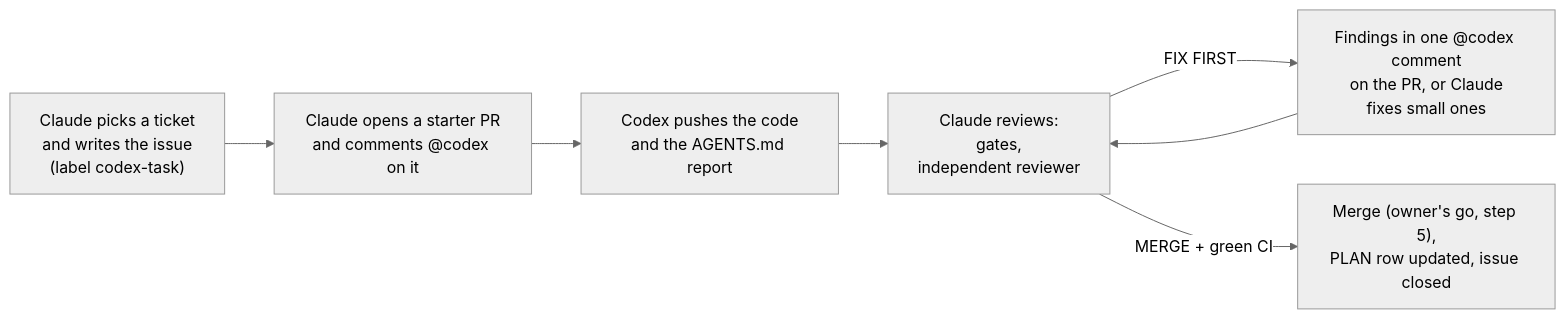
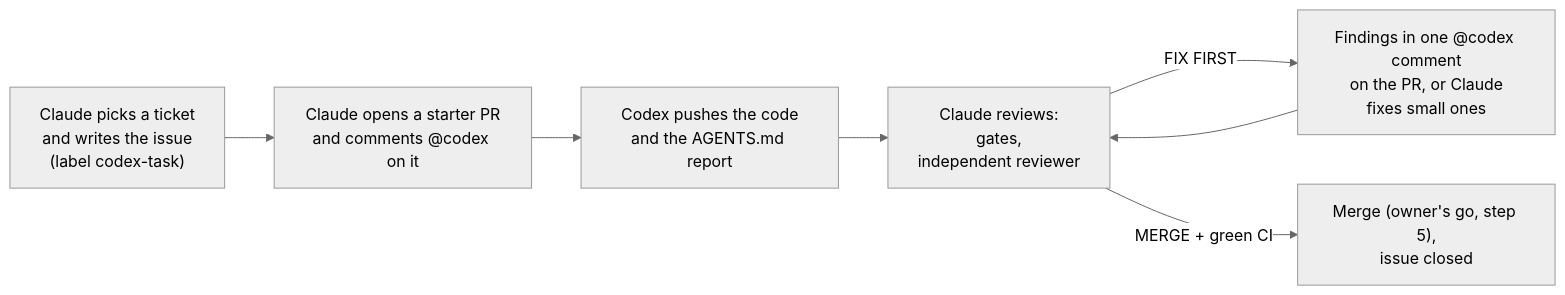
One commit to Fr3nchyz/rifter changed the diagram in docs/CODEX.md. Above: the diagram before and after it, drawn with Mermaid (neutral theme). The commit also changed other lines of this file and 8 other files, not shown here.

````diff
--- a/docs/CODEX.md
+++ b/docs/CODEX.md
@@ -7,9 +7,9 @@
 ```mermaid
 flowchart LR
   A["Claude picks a ticket<br/>and writes the issue<br/>(label codex-task)"] --> B["Claude opens a starter PR<br/>and comments @codex on it"]
   B --> C["Codex pushes the code<br/>and the AGENTS.md report"]
   C --> D["Claude reviews:<br/>gates,<br/>independent reviewer"]
   D -->|FIX FIRST| E["Findings in one @codex comment<br/>on the PR, or Claude<br/>fixes small ones"]
   E --> D
-  D -->|MERGE + green CI| F["Merge (owner's go, step 5),<br/>PLAN row updated, issue closed"]
+  D -->|MERGE + green CI| F["Merge (owner's go, step 5),<br/>issue closed"]
 ```
````
